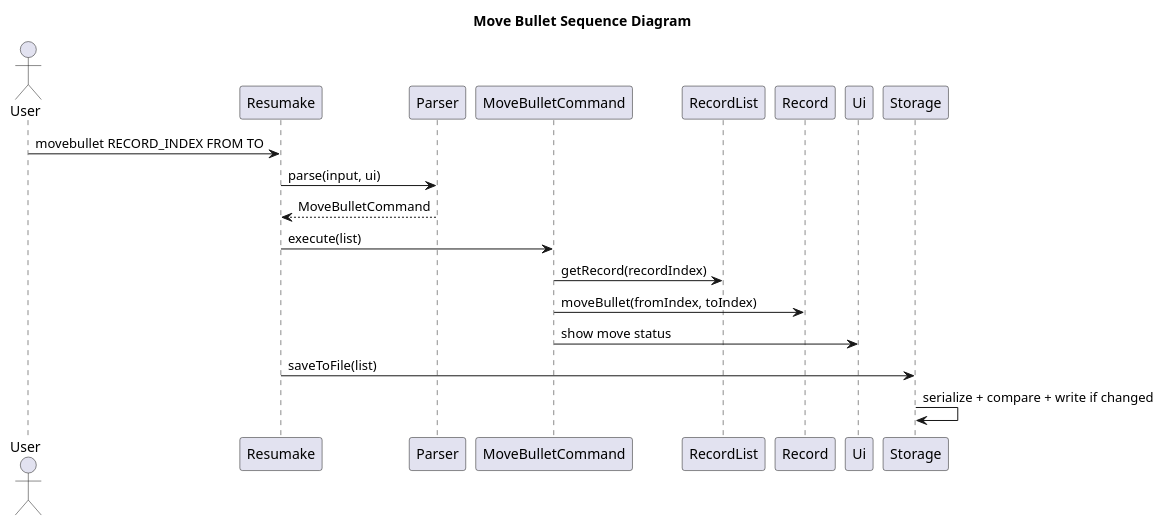
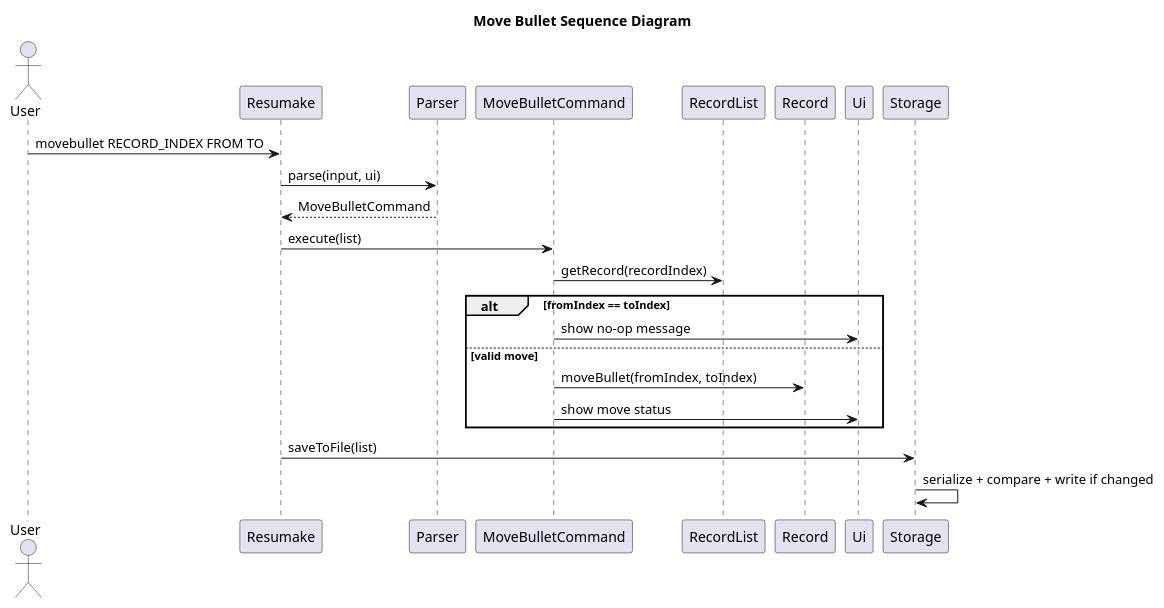
One commit to AY2526S2-CS2113-F09-2/tp changed the diagram in docs/diagrams/MoveBulletSequenceDiagram.puml. Above: the diagram before and after it, drawn with PlantUML. The commit also changed 23 other files, not shown here.

Commit message:
Update UG and DG to align diagrams and command behavior

```diff
--- a/docs/diagrams/MoveBulletSequenceDiagram.puml
+++ b/docs/diagrams/MoveBulletSequenceDiagram.puml
@@ -1,24 +1,28 @@
 @startuml
 !pragma layout smetana
 
 title Move Bullet Sequence Diagram
 
 actor User
 participant Resumake
 participant Parser
 participant MoveBulletCommand
 participant RecordList
 participant Record
 participant Ui
 participant Storage
 
 User -> Resumake: movebullet RECORD_INDEX FROM TO
 Resumake -> Parser: parse(input, ui)
 Parser --> Resumake: MoveBulletCommand
 Resumake -> MoveBulletCommand: execute(list)
 MoveBulletCommand -> RecordList: getRecord(recordIndex)
-MoveBulletCommand -> Record: moveBullet(fromIndex, toIndex)
-MoveBulletCommand -> Ui: show move status
+alt fromIndex == toIndex
+  MoveBulletCommand -> Ui: show no-op message
+else valid move
+  MoveBulletCommand -> Record: moveBullet(fromIndex, toIndex)
+  MoveBulletCommand -> Ui: show move status
+end
 Resumake -> Storage: saveToFile(list)
 Storage -> Storage: serialize + compare + write if changed
 @enduml
```
